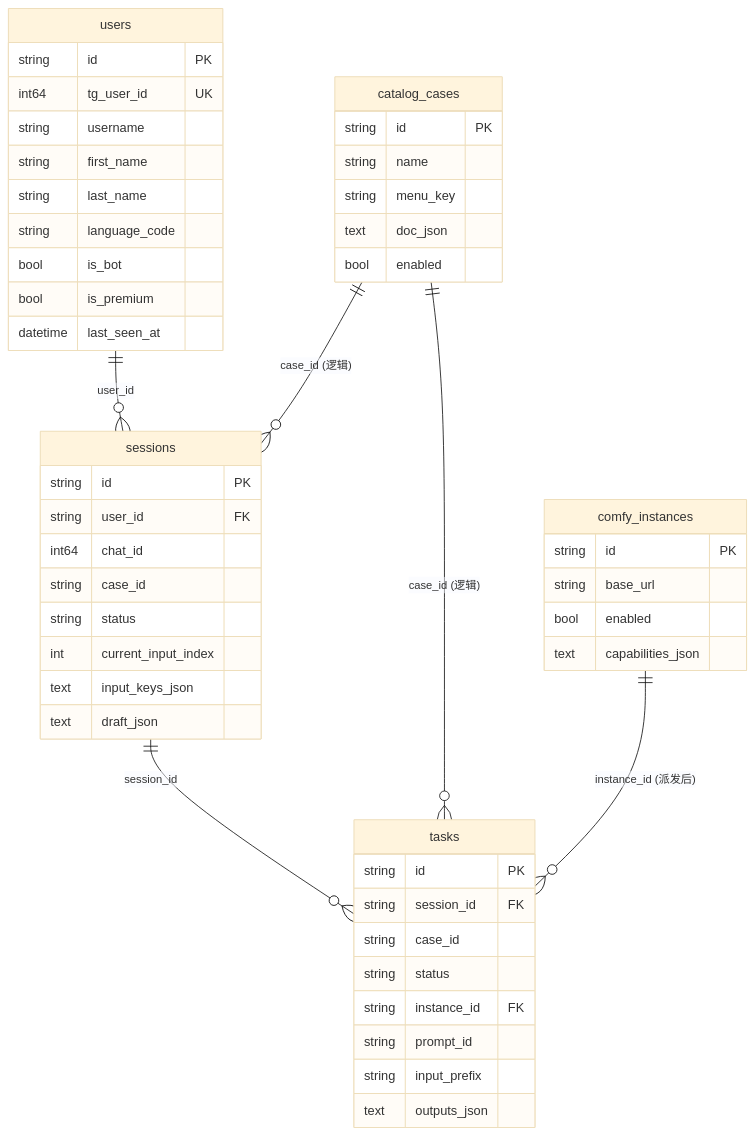
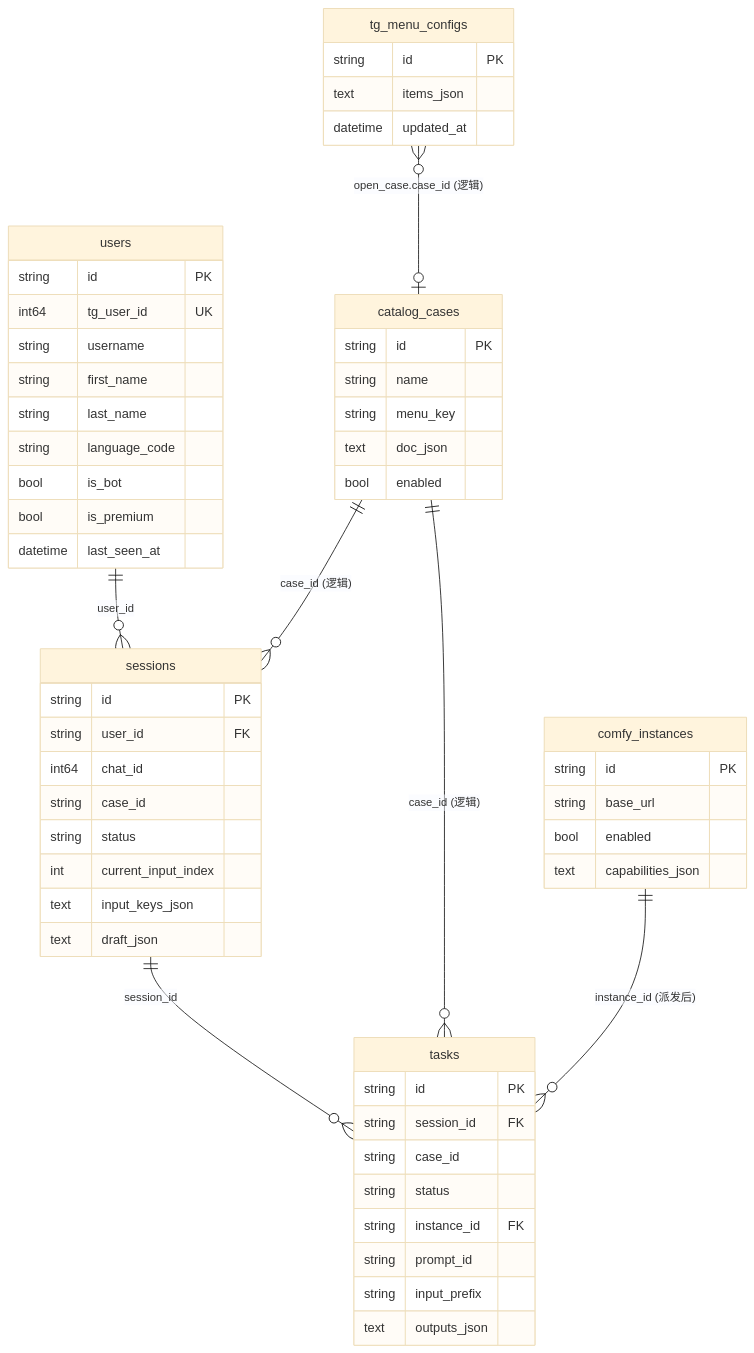
Before and after one commit to Mr9esx/Pixoma: the first of 3 diagrams in docs/architecture/data-model.md, drawn with Mermaid (base theme). The commit also changed other lines of this file and 2 other files, not shown here.

Commit message:
docs(architecture): document tg_menu_configs and menu read path

````diff
--- a/docs/architecture/data-model.md
+++ b/docs/architecture/data-model.md
@@ -148,57 +160,64 @@
 ```mermaid
 erDiagram
   users ||--o{ sessions : "user_id"
   sessions ||--o{ tasks : "session_id"
   catalog_cases ||--o{ sessions : "case_id (逻辑)"
   catalog_cases ||--o{ tasks : "case_id (逻辑)"
   comfy_instances ||--o{ tasks : "instance_id (派发后)"
+  tg_menu_configs }o--o| catalog_cases : "open_case.case_id (逻辑)"
 
   users {
     string id PK
     int64 tg_user_id UK
     string username
     string first_name
     string last_name
     string language_code
     bool is_bot
     bool is_premium
     datetime last_seen_at
   }
 
   sessions {
     string id PK
     string user_id FK
     int64 chat_id
     string case_id
     string status
     int current_input_index
     text input_keys_json
     text draft_json
   }
 
   tasks {
     string id PK
     string session_id FK
     string case_id
     string status
     string instance_id FK
     string prompt_id
     string input_prefix
     text outputs_json
   }
 
   comfy_instances {
     string id PK
     string base_url
     bool enabled
     text capabilities_json
   }
 
   catalog_cases {
     string id PK
     string name
     string menu_key
     text doc_json
     bool enabled
   }
+
+  tg_menu_configs {
+    string id PK
+    text items_json
+    datetime updated_at
+  }
 ```
````
